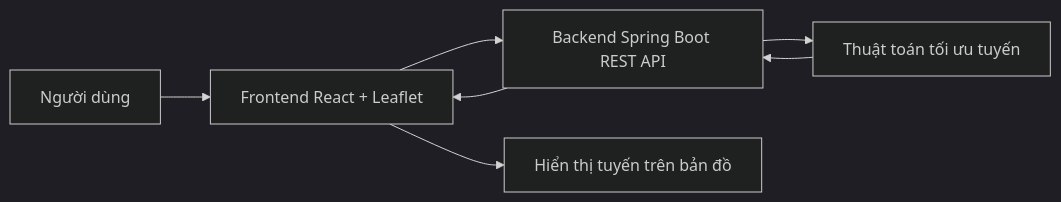
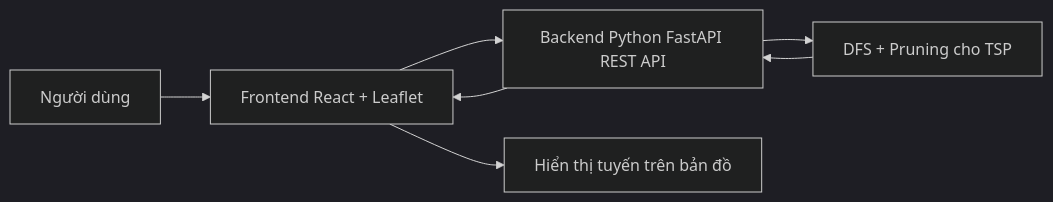
The diagram in plans/Plan.md (Duy-Nguyen-2006/Project1-Road-Finder), drawn with Mermaid (dark theme) before and after one commit. The commit also changed other lines of this file, not shown here.

````diff
--- a/plans/Plan.md
+++ b/plans/Plan.md
@@ -55,9 +61,9 @@
 ```mermaid
 flowchart LR
     User[Người dùng] --> FE[Frontend React + Leaflet]
-    FE --> API[Backend Spring Boot REST API]
-    API --> Algo[Thuật toán tối ưu tuyến]
+    FE --> API[Backend Python FastAPI REST API]
+    API --> Algo[DFS + Pruning cho TSP]
     Algo --> API
     API --> FE
     FE --> Map[Hiển thị tuyến trên bản đồ]
 ```
````
